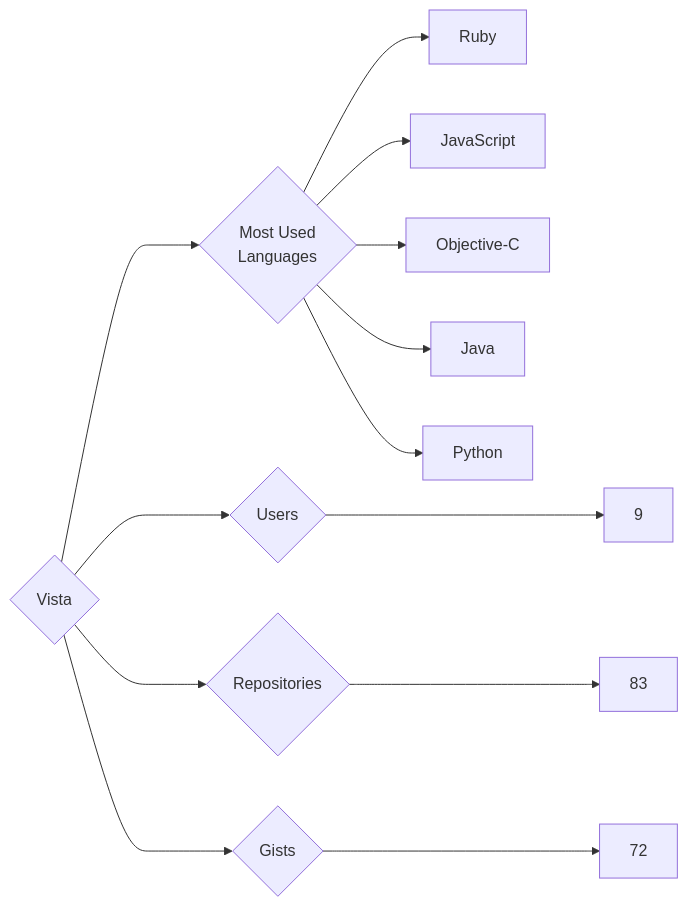
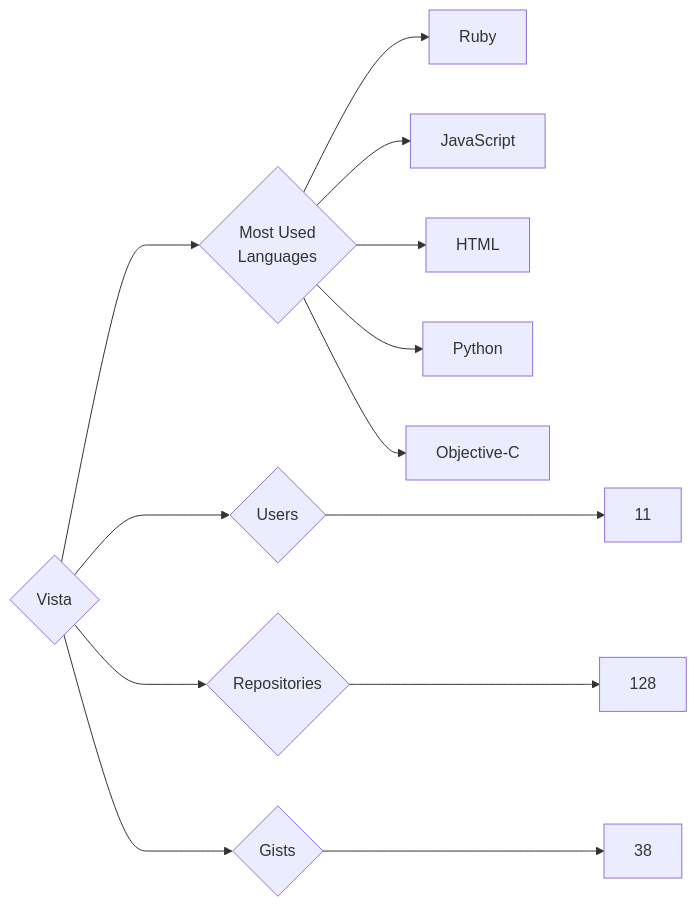
One commit to trickest/insiders changed the diagram in targets/Vista/README.md. Above: the diagram before and after it, drawn with Mermaid. The commit also changed 851 other files, not shown here.

````diff
--- a/targets/Vista/README.md
+++ b/targets/Vista/README.md
@@ -3,13 +3,13 @@
 ```mermaid
 graph LR
 COMPANY_NAME{Vista}
-COMPANY_NAME ---> U{Users} ---> UN[9]
-COMPANY_NAME ---> R{Repositories} ---> RN[83]
-COMPANY_NAME ---> G{Gists} ---> GN[72]
+COMPANY_NAME ---> U{Users} ---> UN[11]
+COMPANY_NAME ---> R{Repositories} ---> RN[128]
+COMPANY_NAME ---> G{Gists} ---> GN[38]
 COMPANY_NAME ---> ML{Most Used<br>Languages}
 ML --> Ruby[Ruby]
 ML --> JavaScript[JavaScript]
+ML --> HTML[HTML]
+ML --> Python[Python]
 ML --> Objective-C[Objective-C]
-ML --> Java[Java]
-ML --> Python[Python]
 ```
````
